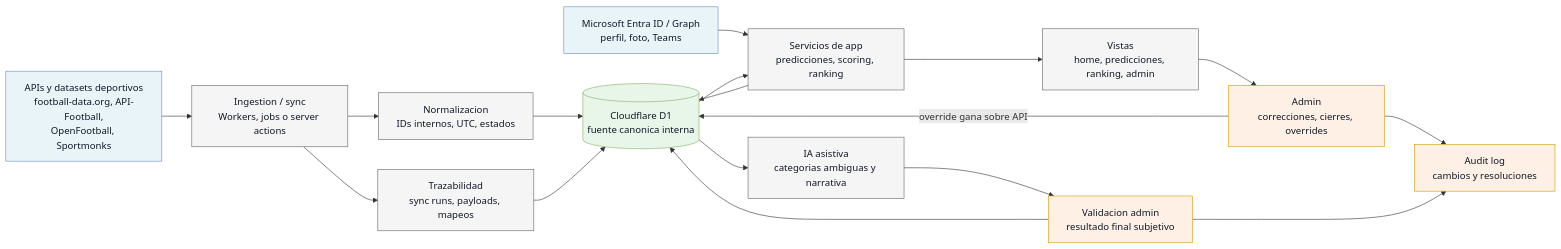
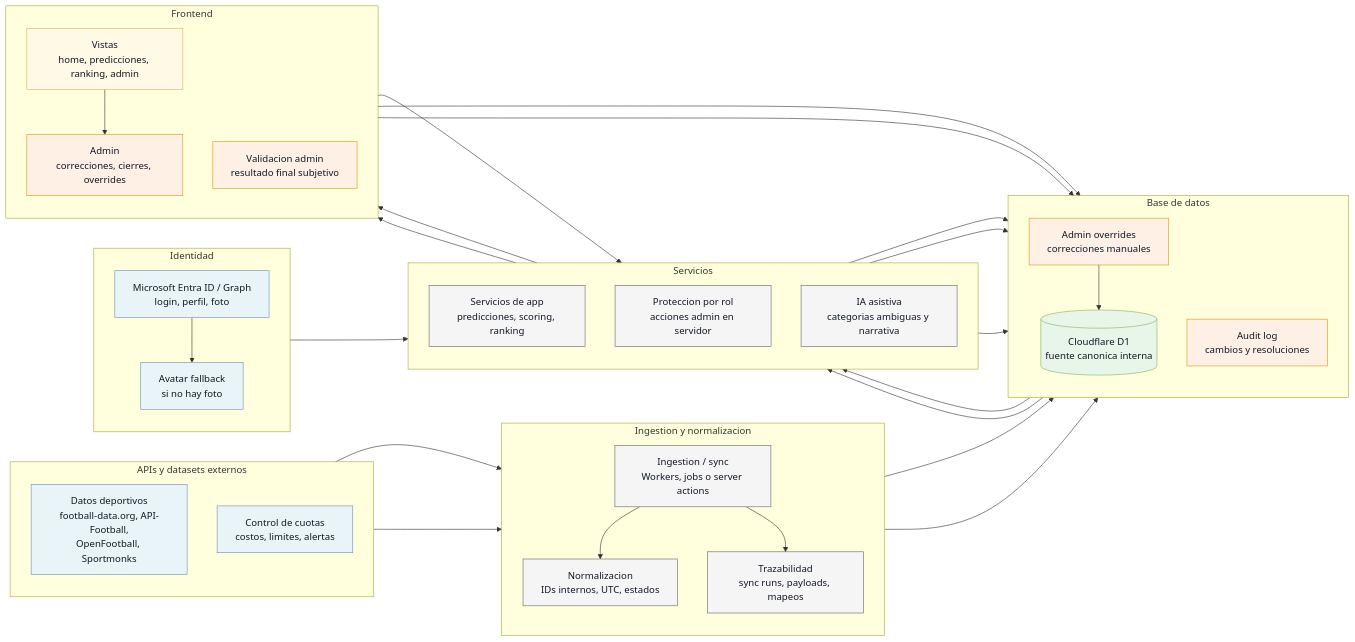
Before and after one commit to C3SC0-V4113/ara-world-cup-context-hub: the diagram in docs/diagrams/external-data-ingestion.md, drawn with Mermaid. The commit also changed 2 other files, not shown here.

Commit message:
diagram separated

````diff
--- a/docs/diagrams/external-data-ingestion.md
+++ b/docs/diagrams/external-data-ingestion.md
@@ -6,42 +6,77 @@
 ```mermaid
 flowchart LR
-  sportsSources["APIs y datasets deportivos<br/>football-data.org, API-Football,<br/>OpenFootball, Sportmonks"]
-  microsoftIdentity["Microsoft Entra ID / Graph<br/>perfil, foto, Teams"]
-  syncJobs["Ingestion / sync<br/>Workers, jobs o server actions"]
-  normalizeData["Normalizacion<br/>IDs internos, UTC, estados"]
-  providerTrace["Trazabilidad<br/>sync runs, payloads, mapeos"]
-  d1Store[("Cloudflare D1<br/>fuente canonica interna")]
-  appServices["Servicios de app<br/>predicciones, scoring, ranking"]
-  appViews["Vistas<br/>home, predicciones, ranking, admin"]
-  adminOps["Admin<br/>correcciones, cierres, overrides"]
-  auditLog["Audit log<br/>cambios y resoluciones"]
-  assistiveAi["IA asistiva<br/>categorias ambiguas y narrativa"]
-  adminApproval["Validacion admin<br/>resultado final subjetivo"]
+  subgraph identitySection["Identidad"]
+    direction TB
+    microsoftIdentity["Microsoft Entra ID / Graph<br/>login, perfil, foto"]
+    avatarFallback["Avatar fallback<br/>si no hay foto"]
+  end
 
+  subgraph externalSourcesSection["APIs y datasets externos"]
+    direction TB
+    sportsSources["Datos deportivos<br/>football-data.org, API-Football,<br/>OpenFootball, Sportmonks"]
+    quotaWatch["Control de cuotas<br/>costos, limites, alertas"]
+  end
+
+  subgraph ingestionSection["Ingestion y normalizacion"]
+    direction TB
+    syncJobs["Ingestion / sync<br/>Workers, jobs o server actions"]
+    normalizeData["Normalizacion<br/>IDs internos, UTC, estados"]
+    providerTrace["Trazabilidad<br/>sync runs, payloads, mapeos"]
+  end
+
+  subgraph databaseSection["Base de datos"]
+    direction TB
+    d1Store[("Cloudflare D1<br/>fuente canonica interna")]
+    auditLog["Audit log<br/>cambios y resoluciones"]
+    adminOverrides["Admin overrides<br/>correcciones manuales"]
+  end
+
+  subgraph servicesSection["Servicios"]
+    direction TB
+    appServices["Servicios de app<br/>predicciones, scoring, ranking"]
+    roleGuard["Proteccion por rol<br/>acciones admin en servidor"]
+    assistiveAi["IA asistiva<br/>categorias ambiguas y narrativa"]
+  end
+
+  subgraph frontendSection["Frontend"]
+    direction TB
+    appViews["Vistas<br/>home, predicciones, ranking, admin"]
+    adminUi["Admin<br/>correcciones, cierres, overrides"]
+    adminApproval["Validacion admin<br/>resultado final subjetivo"]
+  end
+
+  microsoftIdentity --> avatarFallback
+  microsoftIdentity --> appServices
   sportsSources --> syncJobs
+  quotaWatch --> syncJobs
   syncJobs --> normalizeData
   syncJobs --> providerTrace
-  microsoftIdentity --> appServices
   normalizeData --> d1Store
   providerTrace --> d1Store
   d1Store --> appServices
   appServices --> d1Store
   appServices --> appViews
-  appViews --> adminOps
-  adminOps -->|"override gana sobre API"| d1Store
-  adminOps --> auditLog
+  appViews --> adminUi
+  adminUi --> roleGuard
+  roleGuard --> adminOverrides
+  adminOverrides --> d1Store
+  roleGuard --> auditLog
   d1Store --> assistiveAi
   assistiveAi --> adminApproval
   adminApproval --> d1Store
   adminApproval --> auditLog
 
-  classDef sourceCls fill:#e8f4f8,stroke:#6c8ebf,color:#111827
+  classDef identityCls fill:#e8f4f8,stroke:#6c8ebf,color:#111827
+  classDef apiCls fill:#e8f4f8,stroke:#6c8ebf,color:#111827
+  classDef serviceCls fill:#f5f5f5,stroke:#666666,color:#111827
   classDef storeCls fill:#e8f5e9,stroke:#82b366,color:#111827
   classDef adminCls fill:#fff0e6,stroke:#d79b00,color:#111827
-  classDef processCls fill:#f5f5f5,stroke:#666666,color:#111827
+  classDef frontendCls fill:#fff9e6,stroke:#d6b656,color:#111827
 
-  class sportsSources,microsoftIdentity sourceCls
+  class microsoftIdentity,avatarFallback identityCls
+  class sportsSources,quotaWatch apiCls
+  class syncJobs,normalizeData,providerTrace,appServices,roleGuard,assistiveAi serviceCls
   class d1Store storeCls
-  class adminOps,adminApproval,auditLog adminCls
-  class syncJobs,normalizeData,providerTrace,appServices,appViews,assistiveAi processCls
+  class auditLog,adminOverrides,adminUi,adminApproval adminCls
+  class appViews frontendCls
 ```
````
